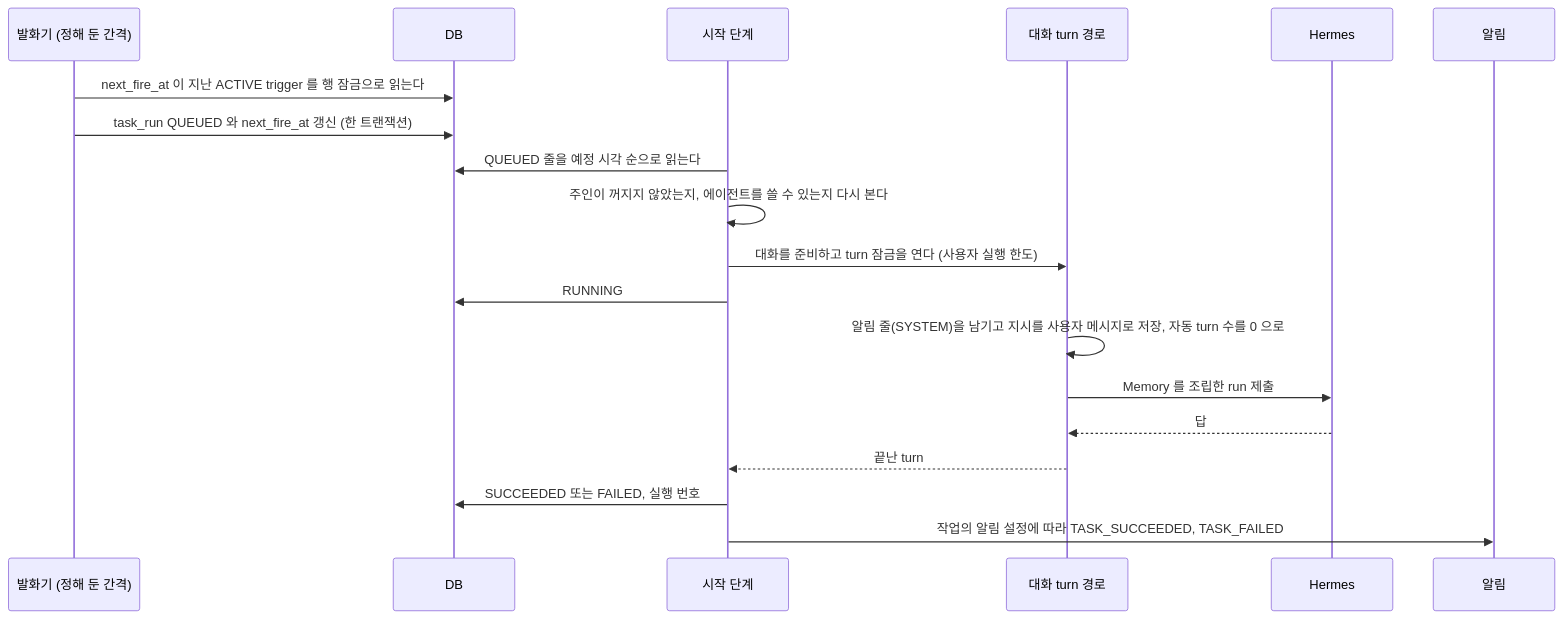
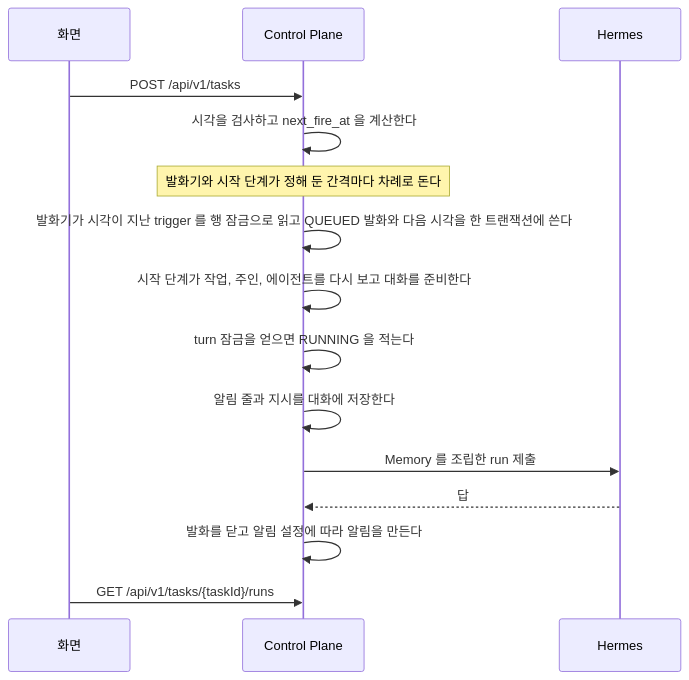
The diagram in docs/features/schedule.md (jon890/fos-assistant), drawn with Mermaid before and after one commit. The commit also changed other lines of this file and 2 other files, not shown here.

````diff
--- a/docs/features/schedule.md
+++ b/docs/features/schedule.md
@@ -61,22 +38,18 @@
 ```mermaid
 sequenceDiagram
-    participant T as 발화기 (정해 둔 간격)
-    participant DB as DB
-    participant S as 시작 단계
-    participant C as 대화 turn 경로
+    participant W as 화면
+    participant C as Control Plane
     participant H as Hermes
-    participant N as 알림
 
-    T->>DB: next_fire_at 이 지난 ACTIVE trigger 를 행 잠금으로 읽는다
-    T->>DB: task_run QUEUED 와 next_fire_at 갱신 (한 트랜잭션)
-    S->>DB: QUEUED 줄을 예정 시각 순으로 읽는다
-    S->>S: 주인이 꺼지지 않았는지, 에이전트를 쓸 수 있는지 다시 본다
-    S->>C: 대화를 준비하고 turn 잠금을 연다 (사용자 실행 한도)
-    S->>DB: RUNNING
-    C->>C: 알림 줄(SYSTEM)을 남기고 지시를 사용자 메시지로 저장, 자동 turn 수를 0 으로
+    W->>C: POST /api/v1/tasks
+    C->>C: 시각을 검사하고 next_fire_at 을 계산한다
+    Note over C: 발화기와 시작 단계가 정해 둔 간격마다 차례로 돈다
+    C->>C: 발화기가 시각이 지난 trigger 를 행 잠금으로 읽고 QUEUED 발화와 다음 시각을 한 트랜잭션에 쓴다
+    C->>C: 시작 단계가 작업, 주인, 에이전트를 다시 보고 대화를 준비한다
+    C->>C: turn 잠금을 얻으면 RUNNING 을 적는다
+    C->>C: 알림 줄과 지시를 대화에 저장한다
     C->>H: Memory 를 조립한 run 제출
     H-->>C: 답
-    C-->>S: 끝난 turn
-    S->>DB: SUCCEEDED 또는 FAILED, 실행 번호
-    S->>N: 작업의 알림 설정에 따라 TASK_SUCCEEDED, TASK_FAILED
+    C->>C: 발화를 닫고 알림 설정에 따라 알림을 만든다
+    W->>C: GET /api/v1/tasks/{taskId}/runs
 ```
````
